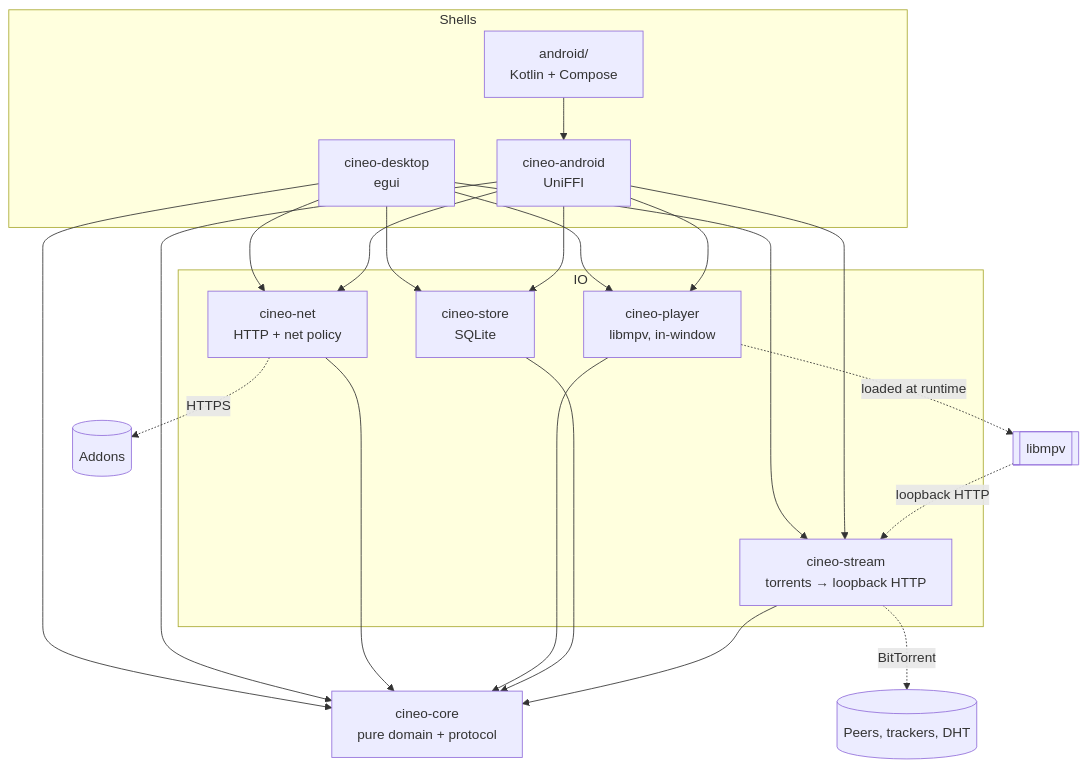
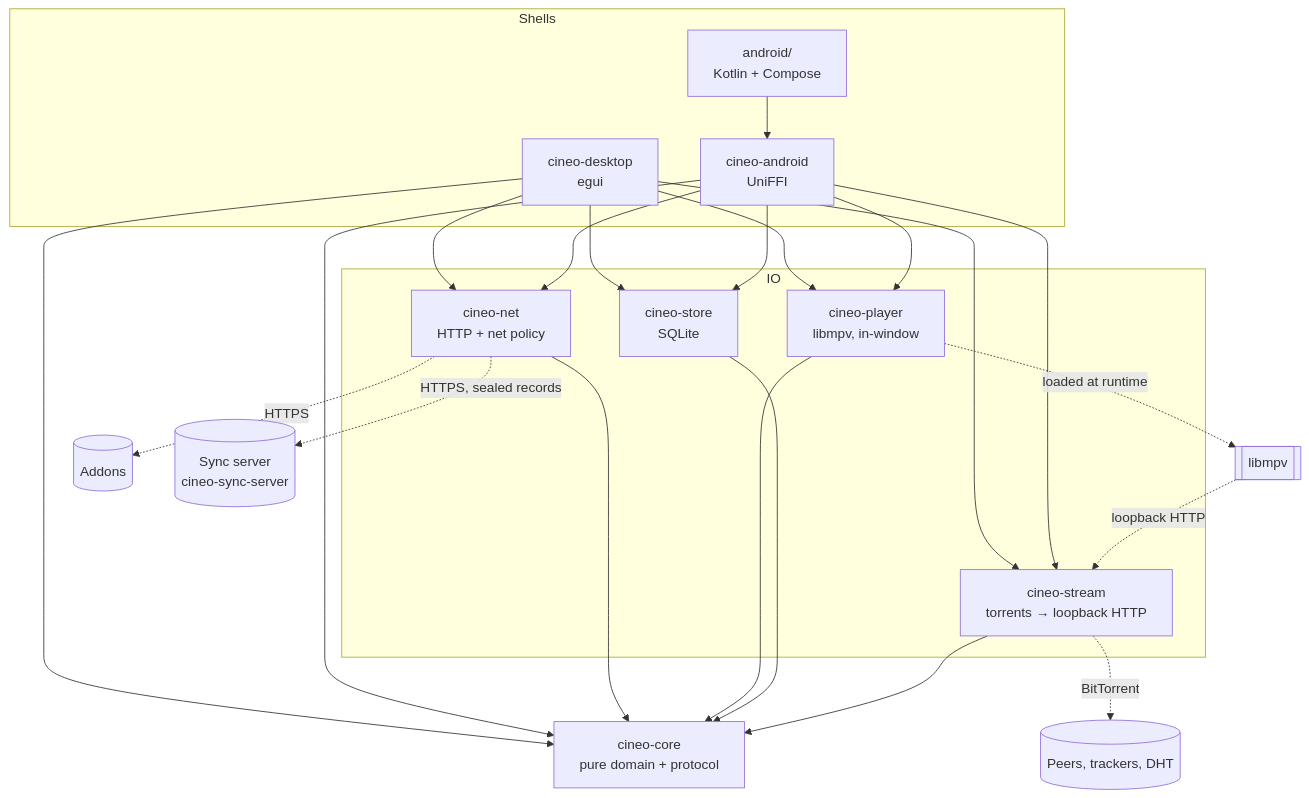
The first of 3 diagrams in docs/ARCHITECTURE.md (mdmrk/cineo), drawn with Mermaid before and after one commit. The commit also changed other lines of this file, not shown here.

Commit message:
docs: describe sync traffic and links in the architecture

````diff
--- a/docs/ARCHITECTURE.md
+++ b/docs/ARCHITECTURE.md
@@ -22,28 +22,29 @@
 ```mermaid
 flowchart TB
   subgraph Shells
     GUI[cineo-desktop<br/>egui]
     AND[cineo-android<br/>UniFFI]
     KT[android/<br/>Kotlin + Compose]
   end
   subgraph IO
     NET[cineo-net<br/>HTTP + net policy]
     PLAYER[cineo-player<br/>libmpv, in-window]
     STORE[cineo-store<br/>SQLite]
     STREAM[cineo-stream<br/>torrents → loopback HTTP]
   end
   CORE[cineo-core<br/>pure domain + protocol]
   GUI --> CORE
   GUI --> NET & PLAYER & STORE & STREAM
   KT --> AND
   AND --> CORE
   AND --> NET & PLAYER & STORE & STREAM
   NET --> CORE
   PLAYER --> CORE
   STORE --> CORE
   STREAM --> CORE
   NET -. HTTPS .-> ADDONS[(Addons)]
+  NET -. HTTPS, sealed records .-> SYNC[(Sync server<br/>cineo-sync-server)]
   PLAYER -. loaded at runtime .-> MPV[[libmpv]]
   STREAM -. BitTorrent .-> PEERS[(Peers, trackers, DHT)]
   MPV -. loopback HTTP .-> STREAM
 ```
````
